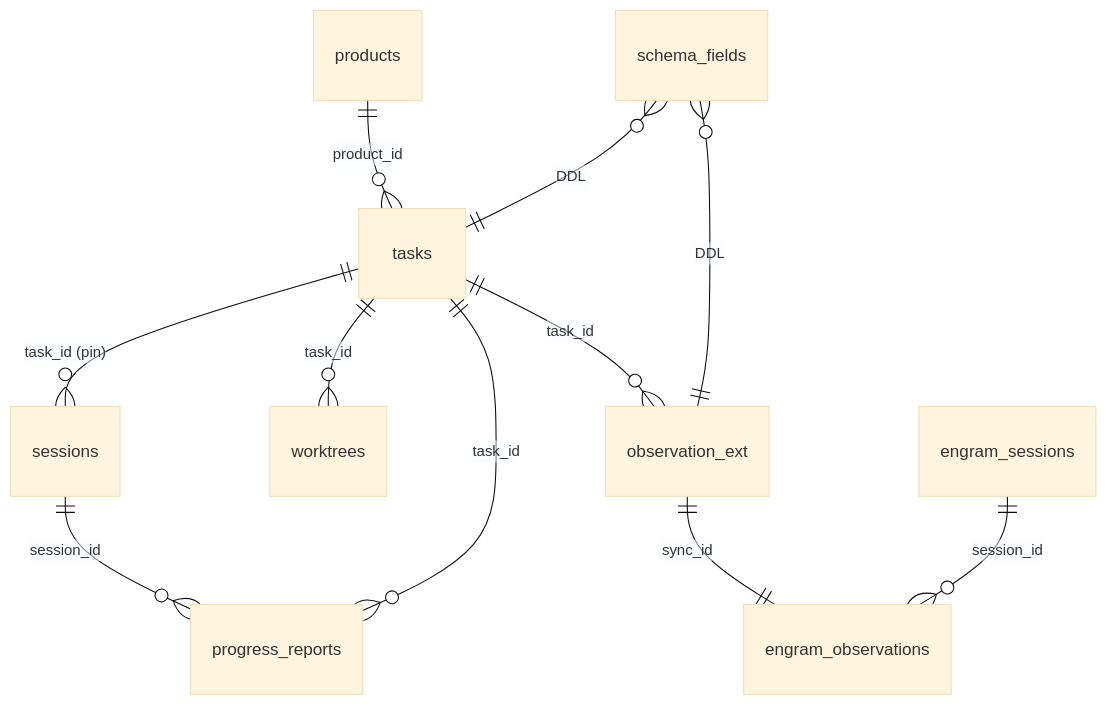
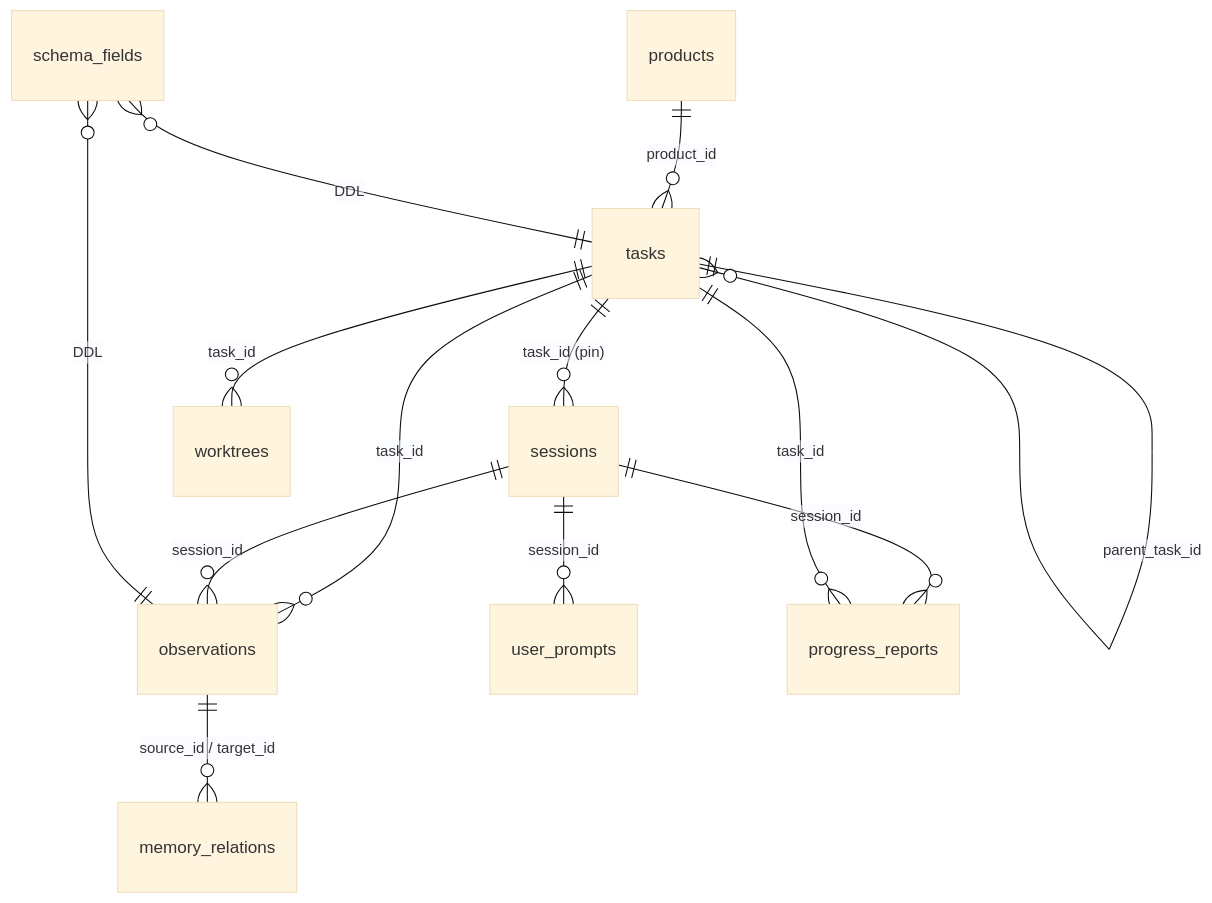
Before and after one commit to rcrespodev/neugram: the second of 5 diagrams in docs/architecture.md, drawn with Mermaid (base theme). The commit also changed other lines of this file and 2 other files, not shown here.

````diff
--- a/docs/architecture.md
+++ b/docs/architecture.md
@@ -47,13 +66,15 @@
 ```mermaid
 erDiagram
     products ||--o{ tasks : "product_id"
+    tasks ||--o{ tasks : "parent_task_id"
     tasks ||--o{ sessions : "task_id (pin)"
     tasks ||--o{ worktrees : "task_id"
-    tasks ||--o{ observation_ext : "task_id"
+    tasks ||--o{ observations : "task_id"
+    sessions ||--o{ observations : "session_id"
+    sessions ||--o{ user_prompts : "session_id"
     sessions ||--o{ progress_reports : "session_id"
     tasks ||--o{ progress_reports : "task_id"
-    observation_ext ||--|| engram_observations : "sync_id"
-    engram_sessions ||--o{ engram_observations : "session_id"
+    observations ||--o{ memory_relations : "source_id / target_id"
     schema_fields }o--|| tasks : "DDL"
-    schema_fields }o--|| observation_ext : "DDL"
+    schema_fields }o--|| observations : "DDL"
 ```
````
